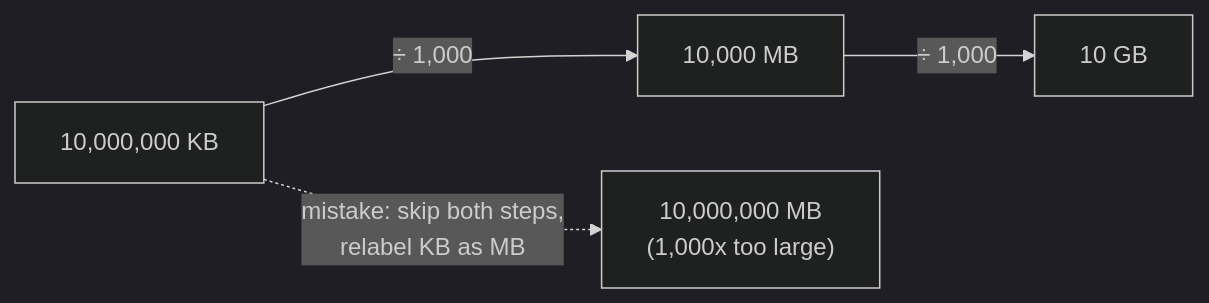
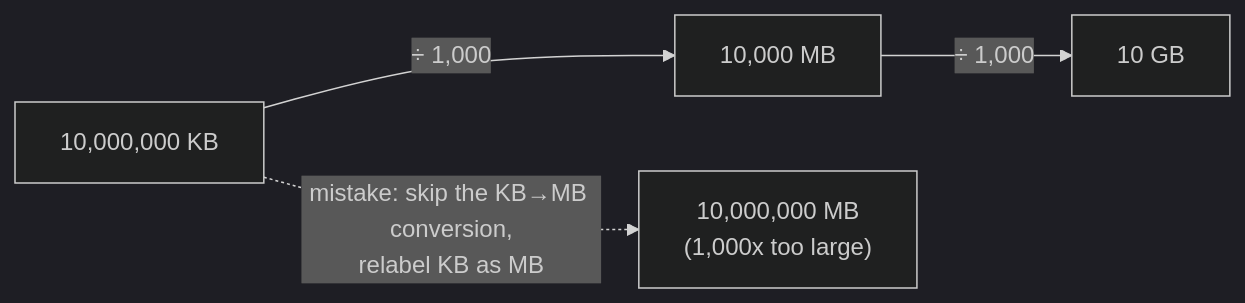
The first of 2 diagrams in src/content/applied-math/orders-magnitude/L2-concept.md (francoandreDev/knowledge), drawn with Mermaid (dark theme) before and after one commit. The commit also changed other lines of this file and 12 other files, not shown here.

````diff
--- a/src/content/applied-math/orders-magnitude/L2-concept.md
+++ b/src/content/applied-math/orders-magnitude/L2-concept.md
@@ -43,6 +49,6 @@
 ```mermaid
 flowchart LR
     A["10,000,000 KB"] -- "÷ 1,000" --> B["10,000 MB"]
     B -- "÷ 1,000" --> C["10 GB"]
-    A -. "mistake: skip both steps,\nrelabel KB as MB" .-> D["10,000,000 MB\n(1,000x too large)"]
+    A -. "mistake: skip the KB→MB conversion,\nrelabel KB as MB" .-> D["10,000,000 MB\n(1,000x too large)"]
 ```
````
